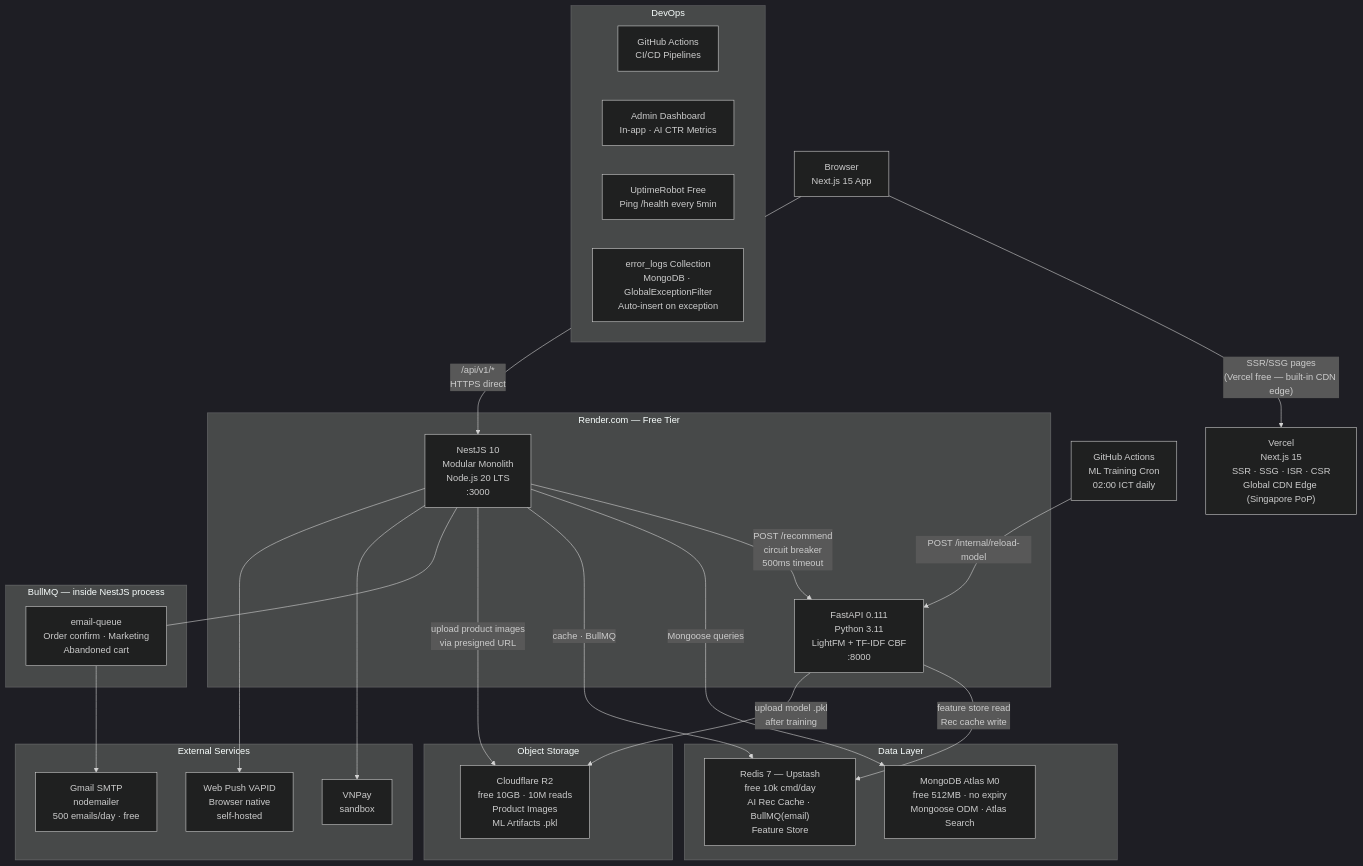
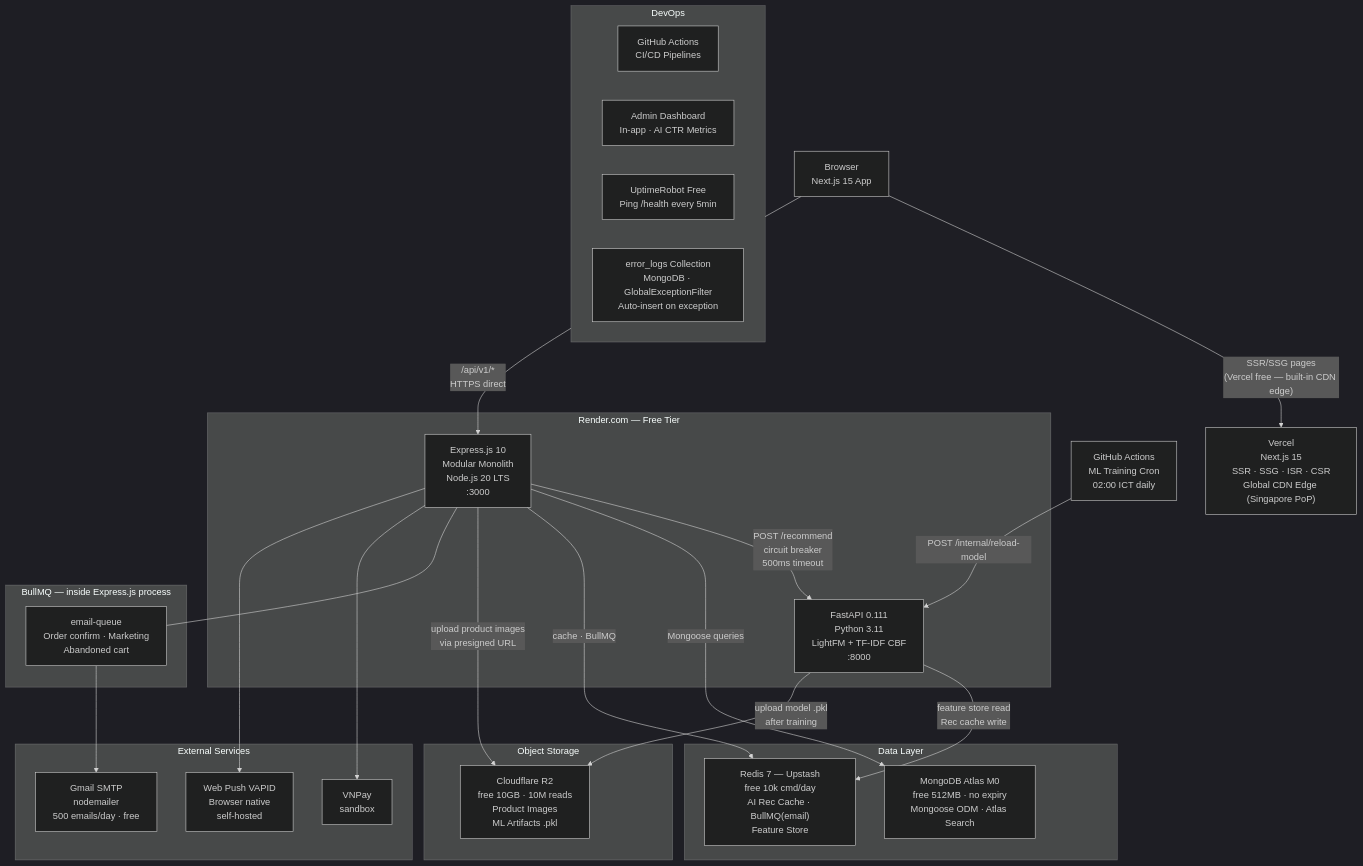
Before and after one commit to Neil-06-hub/SMART-ECOMMERCE-AI-SYSTEM-WORKFLOW-PUBLIC: the first of 7 diagrams in docs/ARCHITECTURE.md, drawn with Mermaid (dark theme). The commit also changed other lines of this file and 96 other files, not shown here.

````diff
--- a/docs/ARCHITECTURE.md
+++ b/docs/ARCHITECTURE.md
@@ -66,55 +66,55 @@
 ```mermaid
 graph TD
     Browser["Browser\nNext.js 15 App"]
 
     Browser -->|"SSR/SSG pages\n(Vercel free — built-in CDN edge)"| Vercel["Vercel\nNext.js 15\nSSR · SSG · ISR · CSR\nGlobal CDN Edge (Singapore PoP)"]
-    Browser -->|"/api/v1/*\nHTTPS direct"| NestJS
+    Browser -->|"/api/v1/*\nHTTPS direct"| Express.js
 
     subgraph Render["Render.com — Free Tier"]
-        NestJS["NestJS 10\nModular Monolith\nNode.js 20 LTS\n:3000"]
+        Express.js["Express.js 10\nModular Monolith\nNode.js 20 LTS\n:3000"]
         FastAPI["FastAPI 0.111\nPython 3.11\nLightFM + TF-IDF CBF\n:8000"]
     end
 
     GHA["GitHub Actions\nML Training Cron\n02:00 ICT daily"] -->|"POST /internal/reload-model"| FastAPI
 
-    NestJS -->|"POST /recommend\ncircuit breaker\n500ms timeout"| FastAPI
+    Express.js -->|"POST /recommend\ncircuit breaker\n500ms timeout"| FastAPI
 
     subgraph DataLayer["Data Layer"]
         MongoDB["MongoDB Atlas M0\nfree 512MB · no expiry\nMongoose ODM · Atlas Search"]
         Redis["Redis 7 — Upstash\nfree 10k cmd/day\nAI Rec Cache · BullMQ(email)\nFeature Store"]
     end
 
-    NestJS -->|"Mongoose queries"| MongoDB
-    NestJS -->|"cache · BullMQ"| Redis
+    Express.js -->|"Mongoose queries"| MongoDB
+    Express.js -->|"cache · BullMQ"| Redis
     FastAPI -->|"feature store read\nRec cache write"| Redis
 
     subgraph Storage["Object Storage"]
         R2["Cloudflare R2\nfree 10GB · 10M reads\nProduct Images\nML Artifacts .pkl"]
     end
 
     FastAPI -->|"upload model .pkl\nafter training"| R2
-    NestJS -->|"upload product images\nvia presigned URL"| R2
+    Express.js -->|"upload product images\nvia presigned URL"| R2
 
-    subgraph BullMQ_Box["BullMQ — inside NestJS process"]
+    subgraph BullMQ_Box["BullMQ — inside Express.js process"]
         EmailQ["email-queue\nOrder confirm · Marketing\nAbandoned cart"]
     end
 
-    NestJS --- EmailQ
+    Express.js --- EmailQ
 
     subgraph External["External Services"]
         VNPay["VNPay\nsandbox"]
         Gmail["Gmail SMTP\nnodemailer\n500 emails/day · free"]
         WebPush["Web Push VAPID\nBrowser native\nself-hosted"]
     end
 
-    NestJS --> VNPay
+    Express.js --> VNPay
     EmailQ --> Gmail
-    NestJS --> WebPush
+    Express.js --> WebPush
 
     subgraph DevOps["DevOps"]
         GH["GitHub Actions\nCI/CD Pipelines"]
         AdminDash["Admin Dashboard\nIn-app · AI CTR Metrics"]
         Uptime["UptimeRobot Free\nPing /health every 5min"]
         ErrorLog["error_logs Collection\nMongoDB · GlobalExceptionFilter\nAuto-insert on exception"]
     end
 ```
````
